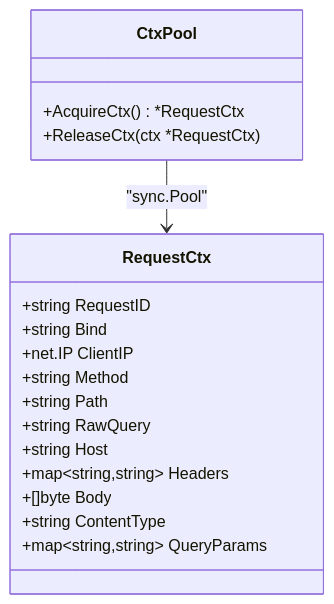
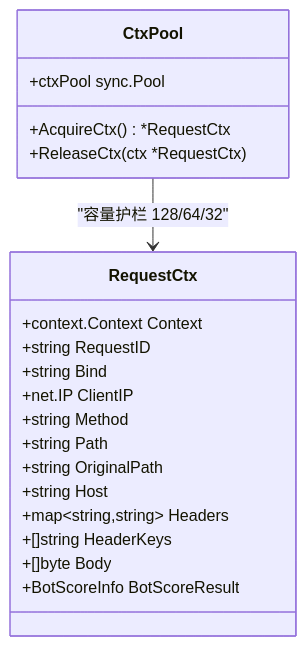
The tenth of 12 diagrams in docs/数据平面处理/性能监控与调优.md (x01n/My-OpenWaf), drawn with Mermaid before and after one commit. The commit also changed other lines of this file and 622 other files, not shown here.

````diff
--- a/docs/数据平面处理/性能监控与调优.md
+++ b/docs/数据平面处理/性能监控与调优.md
@@ -355,21 +525,23 @@
 ```mermaid
 classDiagram
 class RequestCtx {
++context.Context Context
 +string RequestID
 +string Bind
 +net.IP ClientIP
 +string Method
 +string Path
-+string RawQuery
++string OriginalPath
 +string Host
 +map~string,string~ Headers
++[]string HeaderKeys
 +[]byte Body
-+string ContentType
-+map~string,string~ QueryParams
++BotScoreInfo BotScoreResult
 }
 class CtxPool {
++ctxPool sync.Pool
 +AcquireCtx() *RequestCtx
 +ReleaseCtx(ctx *RequestCtx)
 }
-CtxPool --> RequestCtx : "sync.Pool"
+CtxPool --> RequestCtx : "容量护栏 128/64/32"
 ```
````
